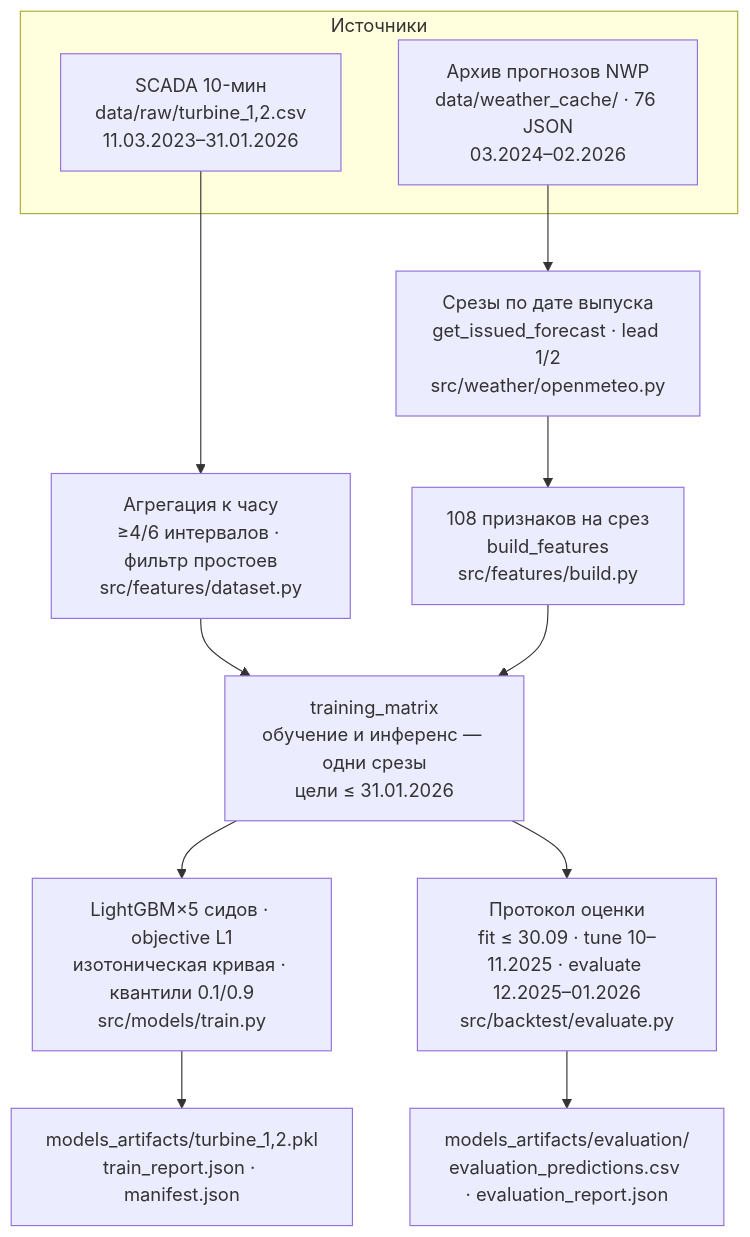
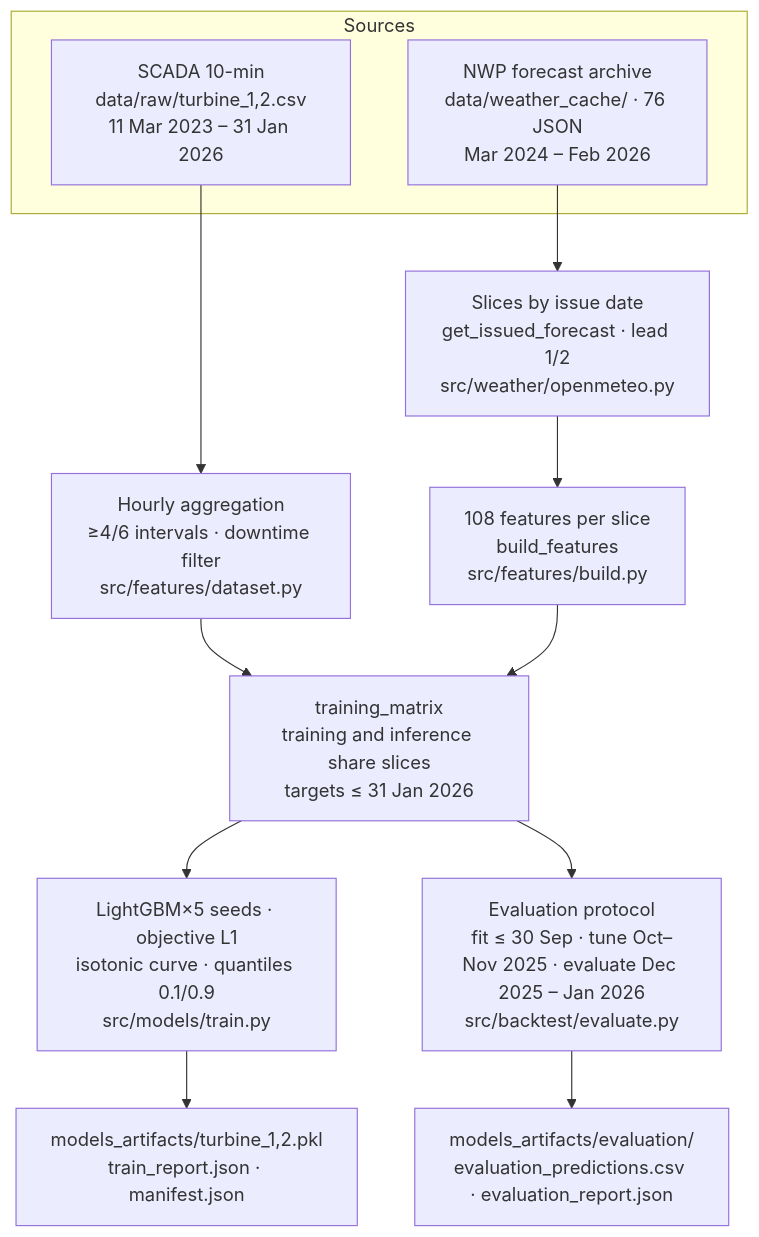
Before and after one commit to BAITC-Hacks/hack-f0ab74e4-knewit-3: the second of 2 diagrams in README.md, drawn with Mermaid. The commit also changed other lines of this file and 6 other files, not shown here.

````diff
--- a/README.md
+++ b/README.md
@@ -307,16 +287,16 @@
 ```mermaid
 flowchart TB
-    subgraph src["Источники"]
-        S1["SCADA 10-мин<br/>data/raw/turbine_1,2.csv<br/>11.03.2023–31.01.2026"]
-        S2["Архив прогнозов NWP<br/>data/weather_cache/ · 76 JSON<br/>03.2024–02.2026"]
+    subgraph src["Sources"]
+        S1["SCADA 10-min<br/>data/raw/turbine_1,2.csv<br/>11 Mar 2023 – 31 Jan 2026"]
+        S2["NWP forecast archive<br/>data/weather_cache/ · 76 JSON<br/>Mar 2024 – Feb 2026"]
     end
-    S1 --> H["Агрегация к часу<br/>≥4/6 интервалов · фильтр простоев<br/>src/features/dataset.py"]
-    S2 --> I["Срезы по дате выпуска<br/>get_issued_forecast · lead 1/2<br/>src/weather/openmeteo.py"]
-    I --> F["108 признаков на срез<br/>build_features<br/>src/features/build.py"]
+    S1 --> H["Hourly aggregation<br/>≥4/6 intervals · downtime filter<br/>src/features/dataset.py"]
+    S2 --> I["Slices by issue date<br/>get_issued_forecast · lead 1/2<br/>src/weather/openmeteo.py"]
+    I --> F["108 features per slice<br/>build_features<br/>src/features/build.py"]
     H --> T
-    F --> T["training_matrix<br/>обучение и инференс — одни срезы<br/>цели ≤ 31.01.2026"]
-    T --> M["LightGBM×5 сидов · objective L1<br/>изотоническая кривая · квантили 0.1/0.9<br/>src/models/train.py"]
+    F --> T["training_matrix<br/>training and inference share slices<br/>targets ≤ 31 Jan 2026"]
+    T --> M["LightGBM×5 seeds · objective L1<br/>isotonic curve · quantiles 0.1/0.9<br/>src/models/train.py"]
     M --> P["models_artifacts/turbine_1,2.pkl<br/>train_report.json · manifest.json"]
-    T --> EV["Протокол оценки<br/>fit ≤ 30.09 · tune 10–11.2025 · evaluate 12.2025–01.2026<br/>src/backtest/evaluate.py"]
+    T --> EV["Evaluation protocol<br/>fit ≤ 30 Sep · tune Oct–Nov 2025 · evaluate Dec 2025 – Jan 2026<br/>src/backtest/evaluate.py"]
     EV --> ER["models_artifacts/evaluation/<br/>evaluation_predictions.csv · evaluation_report.json"]
 ```
````
